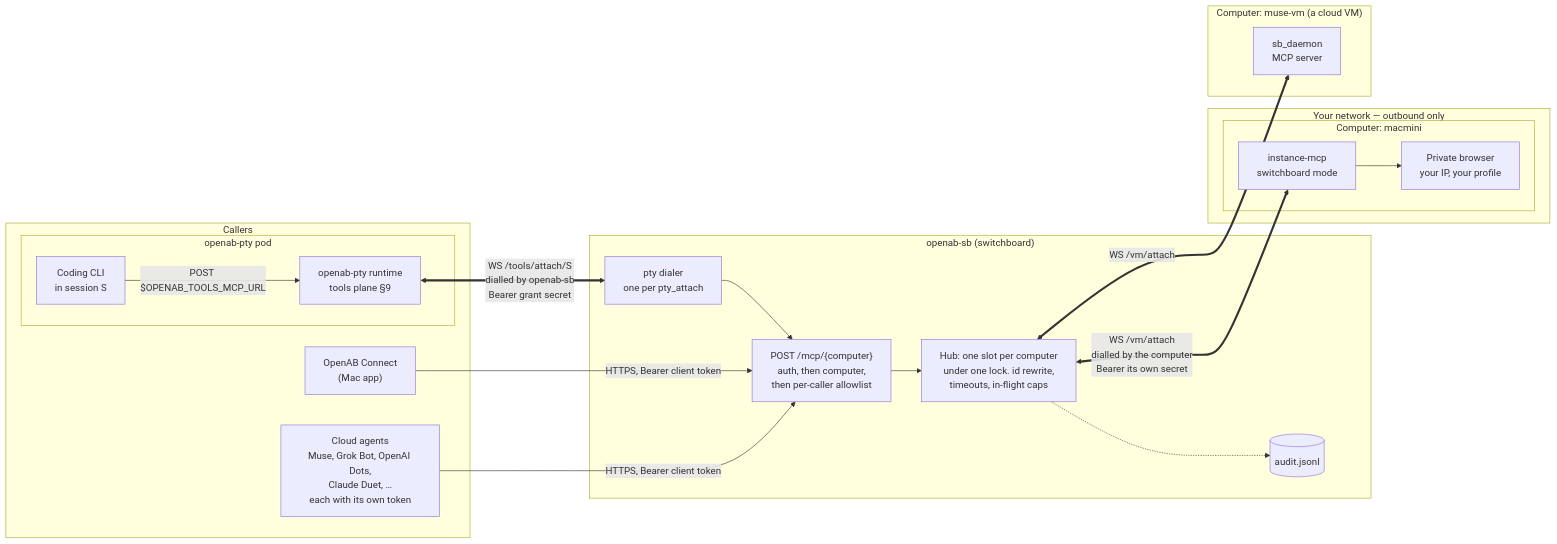
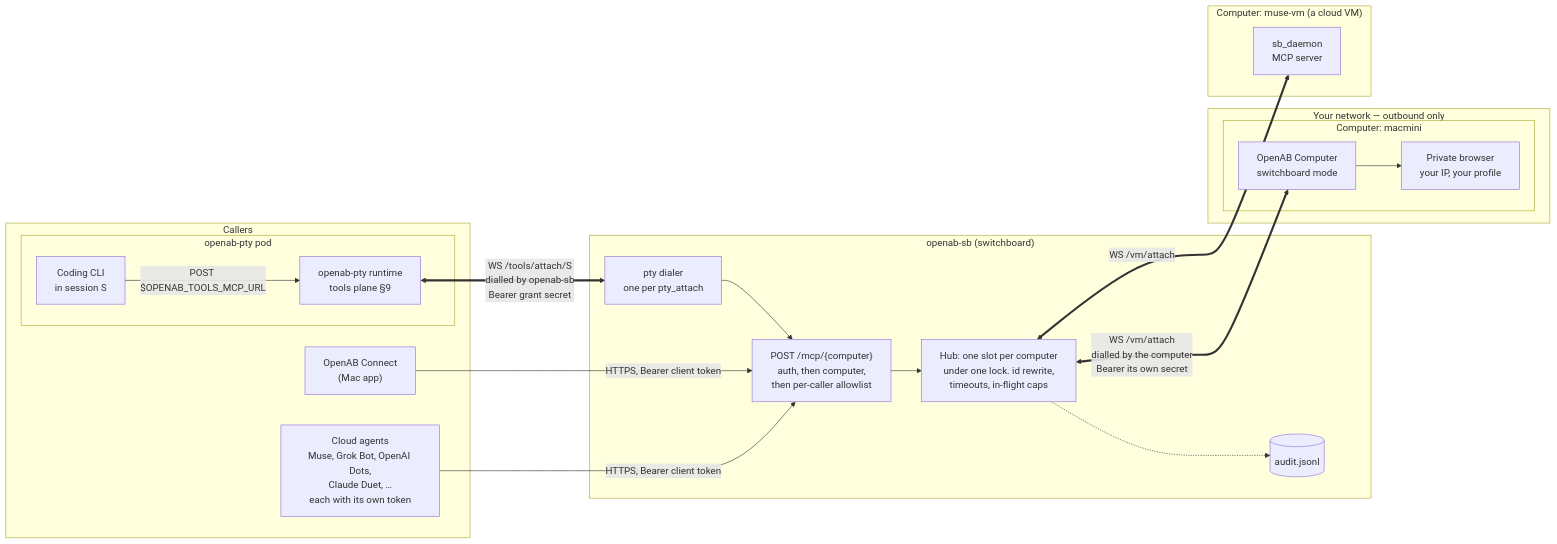
The diagram in README.md (openabdev/openab-sb), drawn with Mermaid before and after one commit. The commit also changed other lines of this file and 1 other file, not shown here.

First line of the commit message:
docs: use OpenAB Computer name after rename (#12)

````diff
--- a/README.md
+++ b/README.md
@@ -16,39 +16,39 @@
 ```mermaid
 flowchart LR
     subgraph callers["Callers"]
         connect["OpenAB Connect<br/>(Mac app)"]
         agents["Cloud agents<br/>Muse, Grok Bot, OpenAI Dots,<br/>Claude Duet, …<br/>each with its own token"]
         subgraph pod["openab-pty pod"]
             cli["Coding CLI<br/>in session S"]
             rt["openab-pty runtime<br/>tools plane §9"]
             cli -- "POST $OPENAB_TOOLS_MCP_URL" --> rt
         end
     end
 
     subgraph sb["openab-sb (switchboard)"]
         mcp["POST /mcp/{computer}<br/>auth, then computer,<br/>then per-caller allowlist"]
         dialer["pty dialer<br/>one per pty_attach"]
         hub["Hub: one slot per computer<br/>under one lock. id rewrite,<br/>timeouts, in-flight caps"]
         audit[("audit.jsonl")]
         dialer --> mcp
         mcp --> hub
         hub -.-> audit
     end
 
     subgraph home["Your network — outbound only"]
         subgraph macmini["Computer: macmini"]
-            imcp["instance-mcp<br/>switchboard mode"]
+            imcp["OpenAB Computer<br/>switchboard mode"]
             browser["Private browser<br/>your IP, your profile"]
             imcp --> browser
         end
     end
     subgraph vm["Computer: muse-vm (a cloud VM)"]
         daemon["sb_daemon<br/>MCP server"]
     end
 
     connect -- "HTTPS, Bearer client token" --> mcp
     agents -- "HTTPS, Bearer client token" --> mcp
     rt <== "WS /tools/attach/S<br/>dialled by openab-sb<br/>Bearer grant secret" ==> dialer
     hub <== "WS /vm/attach<br/>dialled by the computer<br/>Bearer its own secret" ==> imcp
     hub <== "WS /vm/attach" ==> daemon
 ```
````
